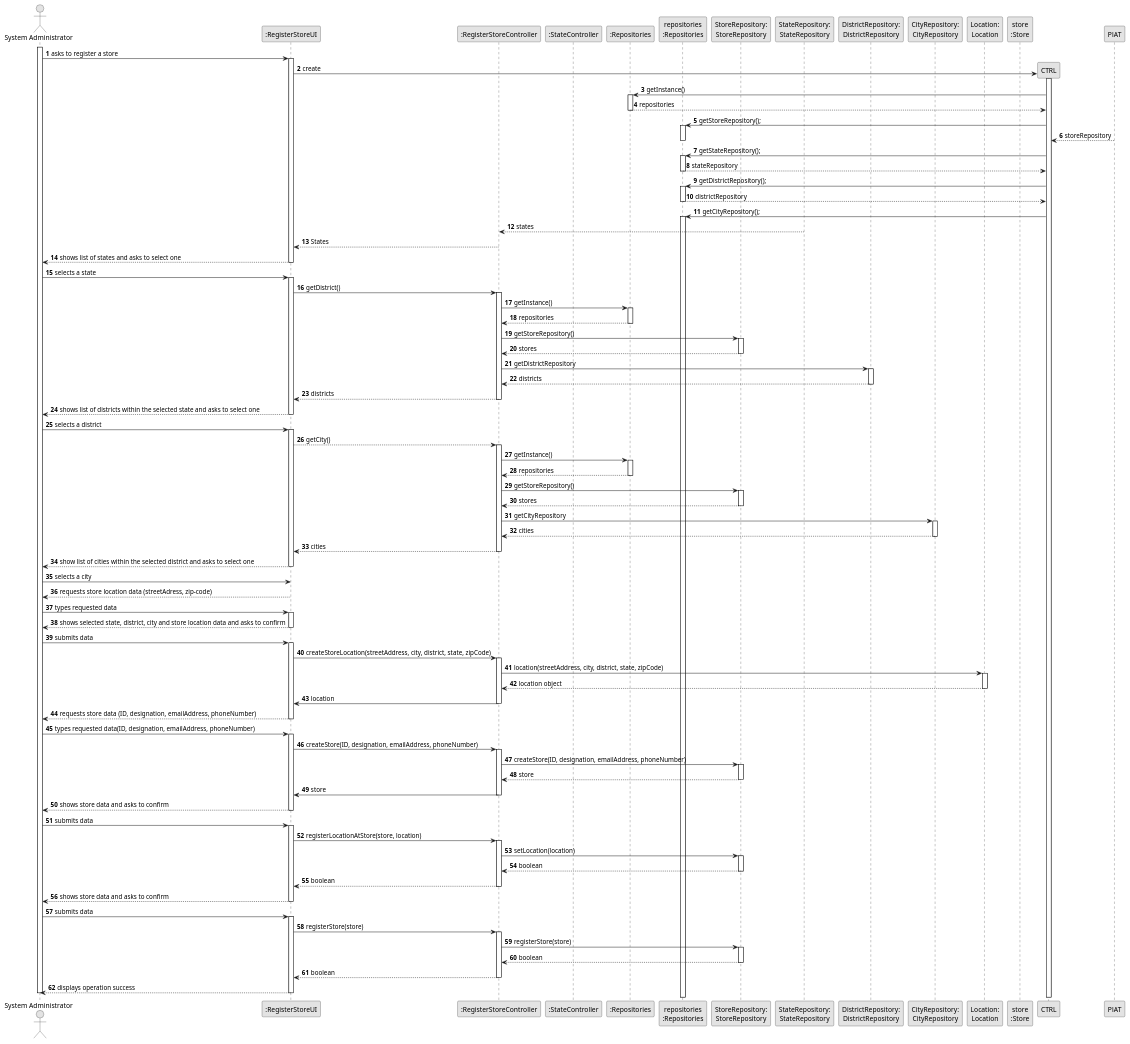
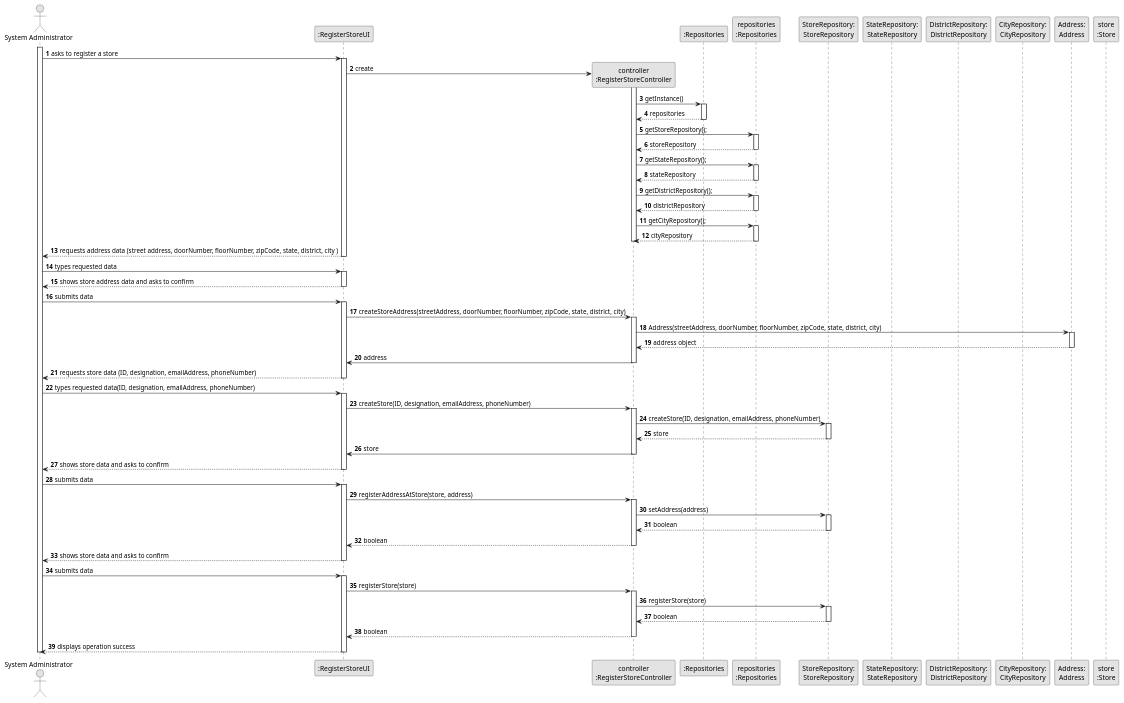
Before and after one commit to 1220812/LAPR2: the diagram in docs/sprintD/us005/03.design/puml/us005-sequence-diagram-full.puml, drawn with PlantUML. The commit also changed 6 other files, not shown here.

Commit message:
US005- Fixed the mistakes in system sequence diagram, sequence diagram full and class diagram

```diff
--- a/docs/sprintD/us005/03.design/puml/us005-sequence-diagram-full.puml
+++ b/docs/sprintD/us005/03.design/puml/us005-sequence-diagram-full.puml
@@ -8,15 +8,14 @@
 'hide footbox
 actor "System Administrator" as ADM
 participant ":RegisterStoreUI" as UI
-participant ":RegisterStoreController" as STRCTRL
-participant ":StateController" as STCTRL
+participant "controller\n:RegisterStoreController" as STRCTRL
 participant ":Repositories" as RepositorySingleton
 participant "repositories\n:Repositories" as PLAT
 participant "StoreRepository:\nStoreRepository" as StoreRepository
 participant "StateRepository:\nStateRepository" as StateRepository
 participant "DistrictRepository:\nDistrictRepository" as DistrictRepository
 participant "CityRepository:\nCityRepository" as CityRepository
-participant "Location:\nLocation" as Location
+participant "Address:\nAddress" as Address
 'participant ":ApplicationSession" as _APP
 'participant "appSession\n:ApplicationSession" as APP
 'participant "currentSession\n:UserSession" as SESSAO
@@ -32,136 +31,65 @@
 
 '            UI --> ADM : requests data (reference, description,  informal \n description, technical description, duration, cost)
             'create CTRL
-            UI -> CTRL** : create
+            UI -> STRCTRL** : create
 
 
-            activate CTRL
-
-                    CTRL -> RepositorySingleton : getInstance()
-                    activate RepositorySingleton
-
-                        RepositorySingleton --> CTRL: repositories
-
-                    deactivate RepositorySingleton
-                    CTRL -> PLAT: getStoreRepository();
-                    activate PLAT
-
-                        PlAT --> CTRL : storeRepository
-
-                    deactivate PLAT
-                    CTRL -> PLAT : getStateRepository();
-                    activate PLAT
-
-                        PLAT --> CTRL : stateRepository
-
-                    deactivate PLAT
-                    CTRL -> PLAT : getDistrictRepository();
-                    activate PLAT
-
-                        PLAT --> CTRL : districtRepository
-
-                    deactivate PLAT
-                    CTRL -> PLAT : getCityRepository();
-                    activate PLAT
-
-
-
-
-
-                    StateRepository --> STRCTRL : states
-                    deactivate StateRepository
-
-            STRCTRL --> UI : States
-            deactivate STRCTRL
-
-            UI --> ADM : shows list of states and asks to select one
-            deactivate UI
-
-            ADM -> UI : selects a state
-            activate UI
-
-            UI -> STRCTRL : getDistrict()
             activate STRCTRL
 
                     STRCTRL -> RepositorySingleton : getInstance()
                     activate RepositorySingleton
 
-                    RepositorySingleton --> STRCTRL: repositories
+                        RepositorySingleton --> STRCTRL: repositories
+
                     deactivate RepositorySingleton
+                    STRCTRL -> PLAT: getStoreRepository();
+                    activate PLAT
 
-                    STRCTRL -> StoreRepository : getStoreRepository()
-                    activate StoreRepository
+                        PLAT --> STRCTRL : storeRepository
 
-                    StoreRepository --> STRCTRL : stores
-                    deactivate StoreRepository
+                    deactivate PLAT
+                    STRCTRL -> PLAT : getStateRepository();
+                    activate PLAT
 
-                    STRCTRL -> DistrictRepository : getDistrictRepository
-                    activate DistrictRepository
+                        PLAT --> STRCTRL : stateRepository
 
-                    DistrictRepository --> STRCTRL : districts
-                    deactivate DistrictRepository
+                    deactivate PLAT
+                    STRCTRL -> PLAT : getDistrictRepository();
+                    activate PLAT
 
+                        PLAT --> STRCTRL : districtRepository
 
-            STRCTRL --> UI : districts
+                    deactivate PLAT
+                    STRCTRL -> PLAT : getCityRepository();
+                    activate PLAT
+
+                        PLAT --> STRCTRL : cityRepository
+
+                    deactivate PLAT
             deactivate STRCTRL
 
-            UI --> ADM : shows list of districts within the selected state and asks to select one
-            deactivate UI
-
-            ADM -> UI : selects a district
-            activate UI
-
-            UI --> STRCTRL : getCity()
-            activate STRCTRL
-
-                STRCTRL -> RepositorySingleton : getInstance()
-                activate RepositorySingleton
-
-                RepositorySingleton --> STRCTRL: repositories
-                deactivate RepositorySingleton
-
-                STRCTRL -> StoreRepository : getStoreRepository()
-                activate StoreRepository
-
-                StoreRepository --> STRCTRL : stores
-                deactivate StoreRepository
-
-                STRCTRL -> CityRepository : getCityRepository
-                activate CityRepository
-
-                CityRepository --> STRCTRL : cities
-                deactivate CityRepository
-
-            STRCTRL --> UI : cities
-            deactivate STRCTRL
-
-            UI --> ADM : show list of cities within the selected district and asks to select one
-            deactivate UI
-
-            ADM -> UI: selects a city
-
-            UI --> ADM : requests store location data (streetAdress, zip-code)
+            UI --> ADM : requests address data (street address, doorNumber, floorNumber, zipCode, state, district, city )
             deactivate UI
 
             ADM -> UI : types requested data
             activate UI
 
-            UI --> ADM : shows selected state, district, city and store location data and asks to confirm
+            UI --> ADM : shows store address data and asks to confirm
             deactivate UI
 
             ADM -> UI : submits data
             activate UI
 
-                    UI -> STRCTRL :createStoreLocation(streetAddress, city, district, state, zipCode)
+                    UI -> STRCTRL :createStoreAddress(streetAddress, doorNumber, floorNumber, zipCode, state, district, city)
                     activate STRCTRL
 
-                    STRCTRL -> Location : location(streetAddress, city, district, state, zipCode)
-                    activate Location
+                    STRCTRL -> Address : Address(streetAddress, doorNumber, floorNumber, zipCode, state, district, city)
+                    activate Address
 
-                    Location --> STRCTRL : location object
-                    deactivate Location
+                    Address --> STRCTRL : address object
+                    deactivate Address
 
-                    STRCTRL -> UI : location
+                    STRCTRL -> UI : address
                     deactivate STRCTRL
 
             UI --> ADM : requests store data (ID, designation, emailAddress, phoneNumber)
@@ -189,10 +117,10 @@
             ADM -> UI : submits data
             activate UI
 
-                UI -> STRCTRL : registerLocationAtStore(store, location)
+                UI -> STRCTRL : registerAddressAtStore(store, address)
                 activate STRCTRL
 
-                STRCTRL -> StoreRepository : setLocation(location)
+                STRCTRL -> StoreRepository : setAddress(address)
                 activate StoreRepository
 
                 StoreRepository --> STRCTRL : boolean
@@ -209,7 +137,6 @@
 
                 UI -> STRCTRL : registerStore(store)
                 activate STRCTRL
-
 
                 STRCTRL -> StoreRepository : registerStore(store)
                 activate StoreRepository
```
